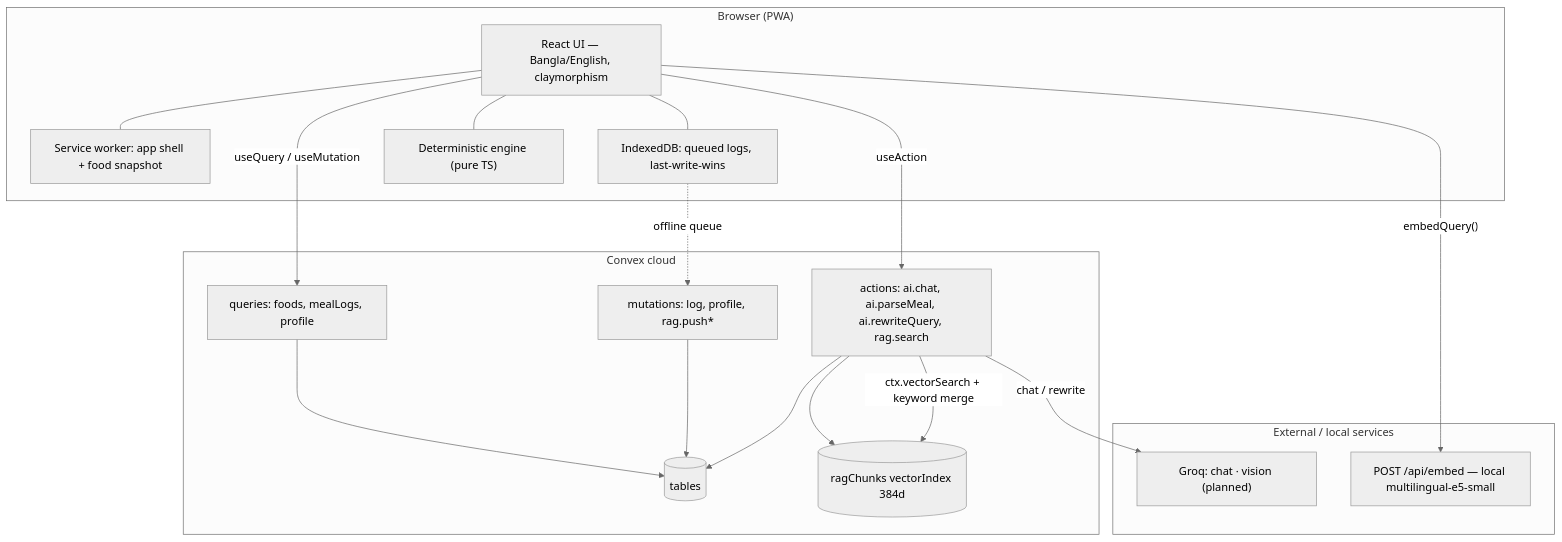
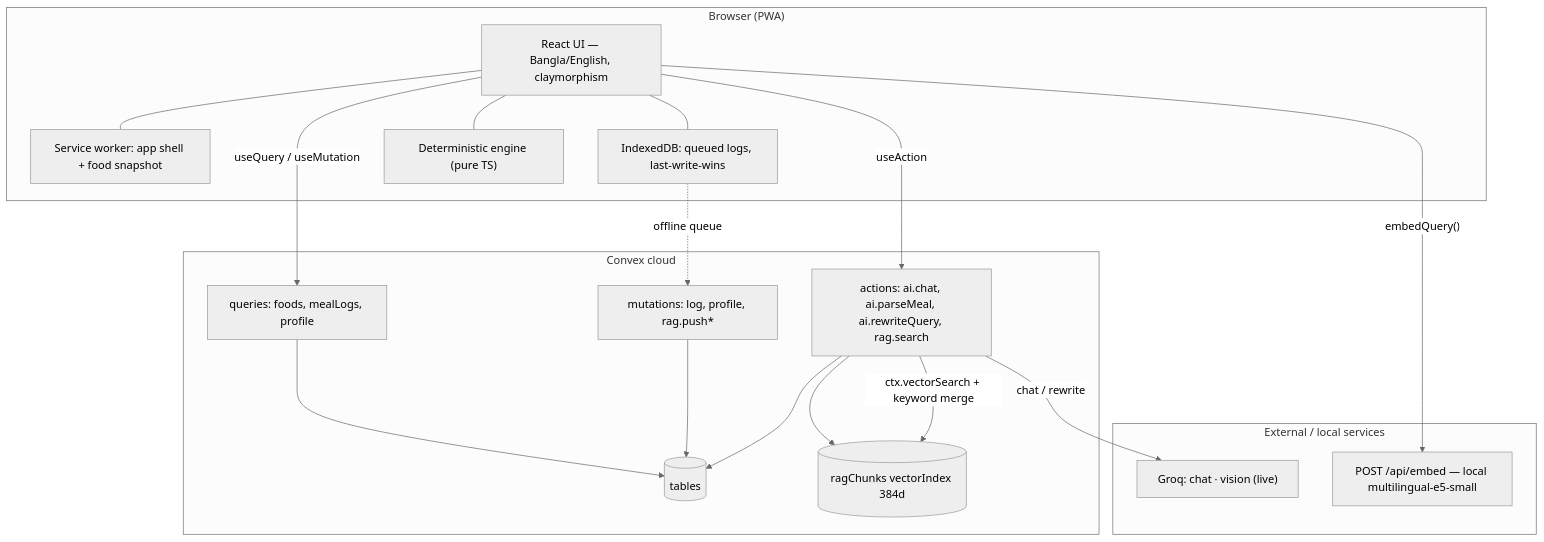
One commit to Moballig/habitforge changed the diagram in docs/system_working.md. Above: the diagram before and after it, drawn with Mermaid (neutral theme). The commit also changed other lines of this file and 10 other files, not shown here.

````diff
--- a/docs/system_working.md
+++ b/docs/system_working.md
@@ -64,36 +64,36 @@
 ```mermaid
 flowchart TB
     subgraph Client["Browser (PWA)"]
         UI["React UI — Bangla/English, claymorphism"]
         SW["Service worker: app shell + food snapshot"]
         IDB["IndexedDB: queued logs, last-write-wins"]
         Eng["Deterministic engine (pure TS)"]
         UI --- SW
         UI --- IDB
         UI --- Eng
     end
 
     subgraph Convex["Convex cloud"]
         Q["queries: foods, mealLogs, profile"]
         M["mutations: log, profile, rag.push*"]
         A["actions: ai.chat, ai.parseMeal, ai.rewriteQuery, rag.search"]
         T[(tables)]
         VI[("ragChunks vectorIndex 384d")]
         Q --> T
         M --> T
         A --> T
         A --> VI
     end
 
     subgraph Ext["External / local services"]
-        G["Groq: chat · vision (planned)"]
+        G["Groq: chat · vision (live)"]
         E["POST /api/embed — local multilingual-e5-small"]
     end
 
     UI -- "useQuery / useMutation" --> Q
     UI -- "useAction" --> A
     A -- "chat / rewrite" --> G
     UI -- "embedQuery()" --> E
     A -- "ctx.vectorSearch + keyword merge" --> VI
     IDB -. "offline queue" .-> M
 ```
````
